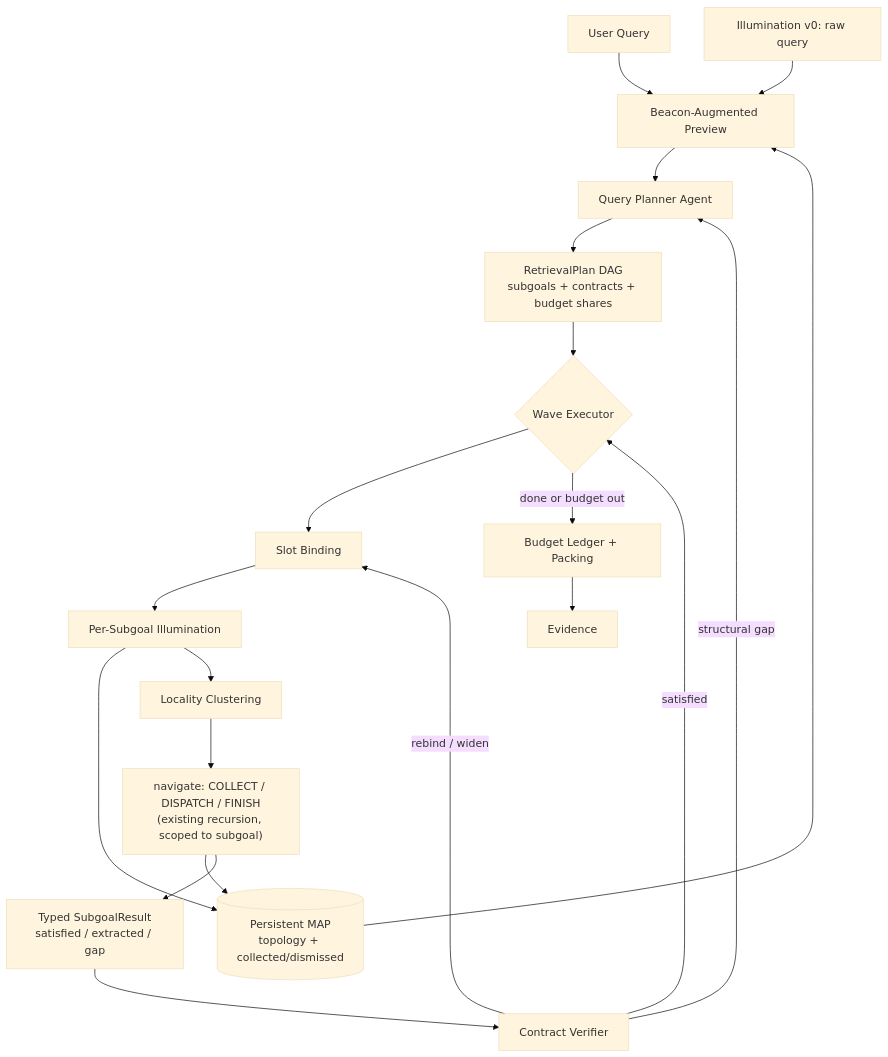
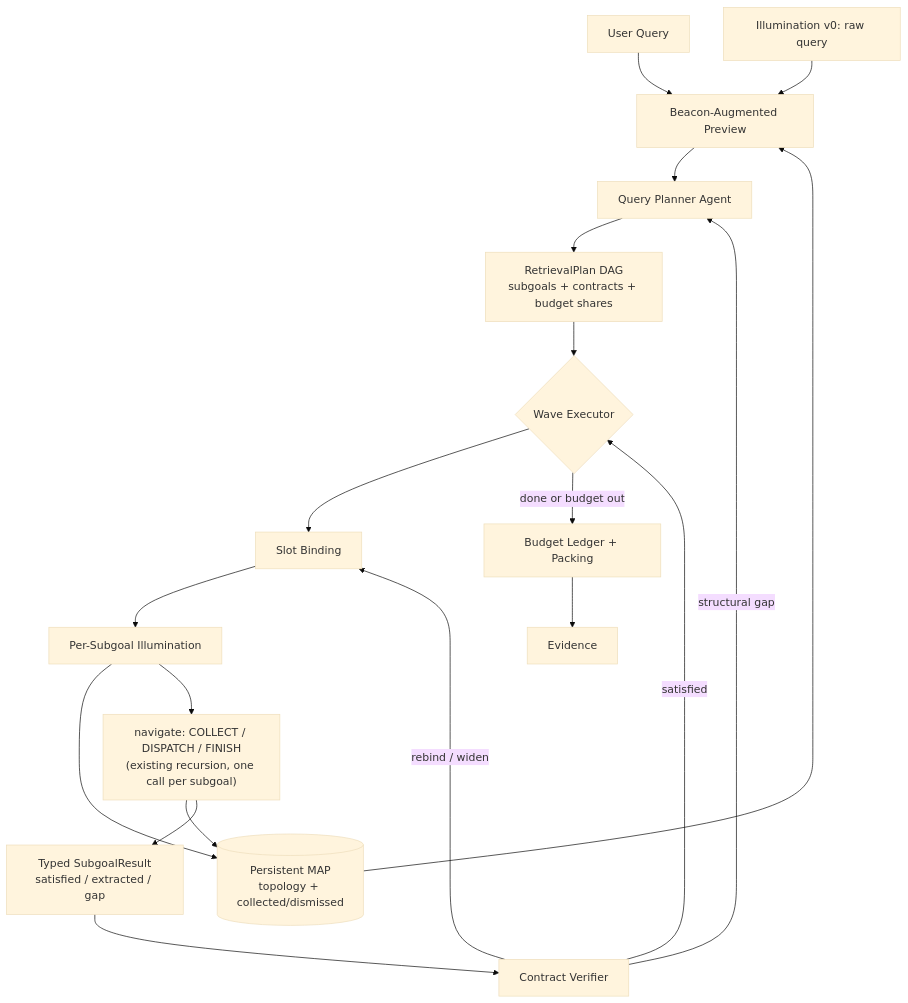
Before and after one commit to EricNGOntos/hierarchy-as-harness: the diagram in .cursor/plans/map_agentic_query_planning.plan.md, drawn with Mermaid (base theme). The commit also changed other lines of this file and 26 other files, not shown here.

````diff
--- a/.cursor/plans/map_agentic_query_planning.plan.md
+++ b/.cursor/plans/map_agentic_query_planning.plan.md
@@ -84,22 +84,21 @@
 ```mermaid
 flowchart TB
     Q[User Query] --> BP[Beacon-Augmented Preview]
     MAP[("Persistent MAP<br/>topology + collected/dismissed")] --> BP
     ILL0[Illumination v0: raw query] --> BP
     BP --> PLANNER[Query Planner Agent]
     PLANNER --> PLAN["RetrievalPlan DAG<br/>subgoals + contracts + budget shares"]
     PLAN --> EXEC{Wave Executor}
     EXEC --> BIND[Slot Binding]
     BIND --> ILLN[Per-Subgoal Illumination]
     ILLN --> MAP
-    ILLN --> CLUS[Locality Clustering]
-    CLUS --> NAV["navigate: COLLECT / DISPATCH / FINISH<br/>(existing recursion, scoped to subgoal)"]
+    ILLN --> NAV["navigate: COLLECT / DISPATCH / FINISH<br/>(existing recursion, one call per subgoal)"]
     NAV --> MAP
     NAV --> REP["Typed SubgoalResult<br/>satisfied / extracted / gap"]
     REP --> VER[Contract Verifier]
     VER -->|satisfied| EXEC
     VER -->|"rebind / widen"| BIND
     VER -->|structural gap| PLANNER
     EXEC -->|done or budget out| SETTLE[Budget Ledger + Packing]
     SETTLE --> EV[Evidence]
 ```
````
